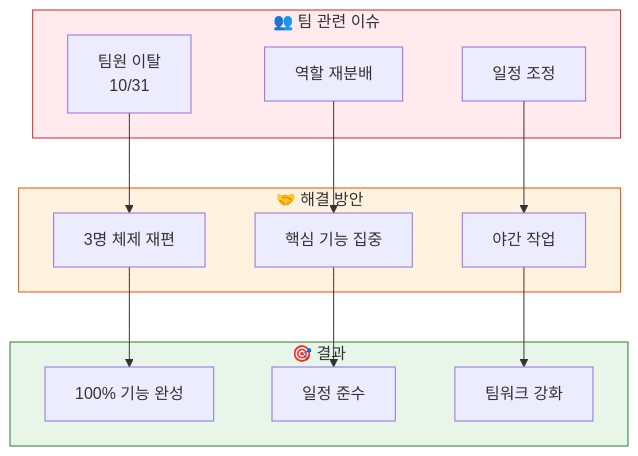
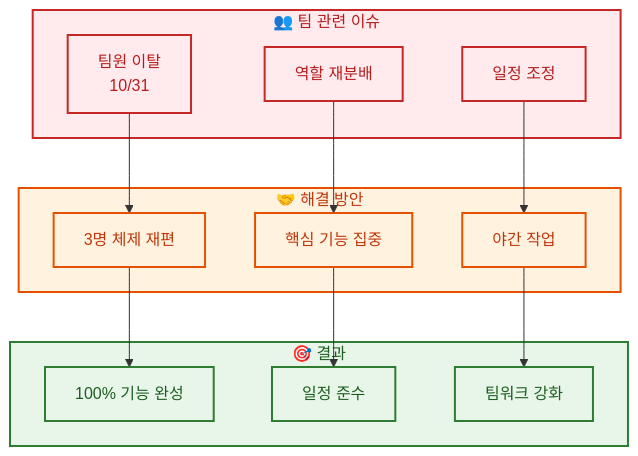
One commit to AIBootcamp14/langchainproject-new-langchainproject_5 changed the fifth of 6 diagrams in docs/PPT/05_이슈_및_인사이트.md. Above: the diagram before and after it, drawn with Mermaid. The commit also changed other lines of this file and 5 other files, not shown here.

First line of the commit message:
style(docs): PPT 문서에 mermaid 스타일 가이드 적용

````diff
--- a/docs/PPT/05_이슈_및_인사이트.md
+++ b/docs/PPT/05_이슈_및_인사이트.md
@@ -302,28 +329,40 @@
 ```mermaid
 graph TB
     subgraph TeamIssues["👥 팀 관련 이슈"]
         T1[팀원 이탈<br/>10/31]
         T2[역할 재분배]
         T3[일정 조정]
     end
 
     subgraph Solutions["🤝 해결 방안"]
         S1[3명 체제 재편]
         S2[핵심 기능 집중]
         S3[야간 작업]
     end
 
     subgraph Results["🎯 결과"]
         R1[100% 기능 완성]
         R2[일정 준수]
         R3[팀워크 강화]
     end
 
     T1 --> S1 --> R1
     T2 --> S2 --> R2
     T3 --> S3 --> R3
 
-    style TeamIssues fill:#ffebee,stroke:#c62828
-    style Solutions fill:#fff3e0,stroke:#e65100
-    style Results fill:#e8f5e9,stroke:#2e7d32
+    style TeamIssues fill:#ffebee,stroke:#c62828,stroke-width:2px,color:#b71c1c
+    style Solutions fill:#fff3e0,stroke:#e65100,stroke-width:2px,color:#bf360c
+    style Results fill:#e8f5e9,stroke:#2e7d32,stroke-width:2px,color:#1b5e20
+
+    style T1 fill:#ffebee,stroke:#c62828,stroke-width:2px,color:#b71c1c
+    style T2 fill:#ffebee,stroke:#c62828,stroke-width:2px,color:#b71c1c
+    style T3 fill:#ffebee,stroke:#c62828,stroke-width:2px,color:#b71c1c
+
+    style S1 fill:#fff3e0,stroke:#e65100,stroke-width:2px,color:#bf360c
+    style S2 fill:#fff3e0,stroke:#e65100,stroke-width:2px,color:#bf360c
+    style S3 fill:#fff3e0,stroke:#e65100,stroke-width:2px,color:#bf360c
+
+    style R1 fill:#e8f5e9,stroke:#2e7d32,stroke-width:2px,color:#1b5e20
+    style R2 fill:#e8f5e9,stroke:#2e7d32,stroke-width:2px,color:#1b5e20
+    style R3 fill:#e8f5e9,stroke:#2e7d32,stroke-width:2px,color:#1b5e20
 ```
````
